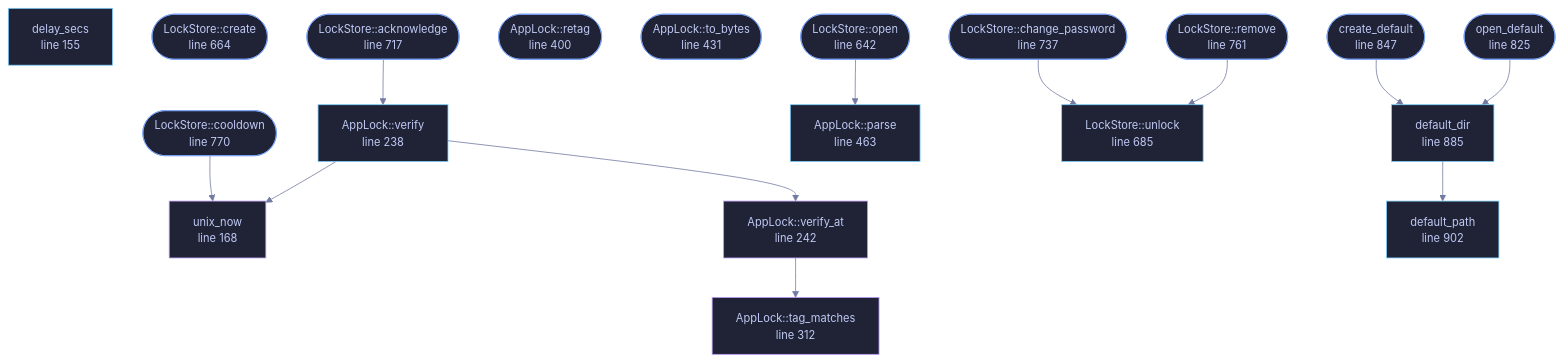
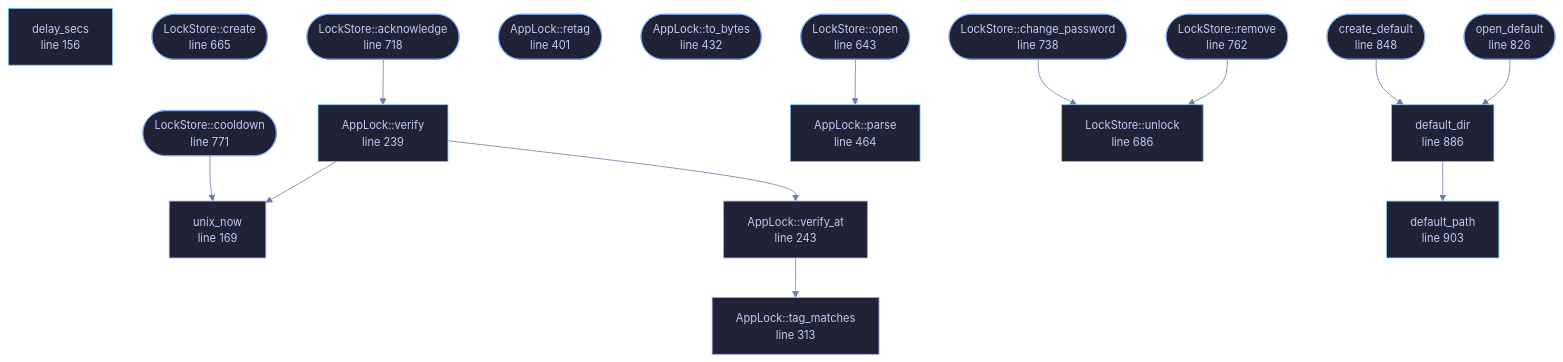
The diagram in docs/files/veilvoice-crypto/lock.md (tilas01/veilvoice), drawn with Mermaid before and after one commit. The commit also changed other lines of this file and 108 other files, not shown here.

````diff
--- a/docs/files/veilvoice-crypto/lock.md
+++ b/docs/files/veilvoice-crypto/lock.md
@@ -199,65 +200,65 @@
 ```mermaid
 %%{init: {"theme":"base","themeVariables":{"background":"#1a1b26","primaryColor":"#1f2335","primaryTextColor":"#c0caf5","primaryBorderColor":"#7aa2f7","secondaryColor":"#16161e","tertiaryColor":"#16161e","lineColor":"#737aa2","textColor":"#c0caf5","mainBkg":"#1f2335","nodeBorder":"#7aa2f7","clusterBkg":"#16161e","clusterBorder":"#2f3549","fontFamily":"ui-monospace, SFMono-Regular, Consolas, monospace","fontSize":"14px"}}}%%
 flowchart TD
-    n_delay_secs["delay_secs<br/>line 155"]
-    n_unix_now["unix_now<br/>line 168"]
-    n_create(["AppLock::create<br/>line 212"])
-    n_verify["AppLock::verify<br/>line 238"]
-    n_verify_at["AppLock::verify_at<br/>line 242"]
-    n_acknowledge(["AppLock::acknowledge<br/>line 300"])
-    n_tag_matches["AppLock::tag_matches<br/>line 312"]
-    n_cooldown(["AppLock::cooldown<br/>line 340"])
-    n_retag(["AppLock::retag<br/>line 400"])
-    n_to_bytes(["AppLock::to_bytes<br/>line 431"])
-    n_parse["AppLock::parse<br/>line 463"]
-    n_open(["LockStore::open<br/>line 642"])
-    n_create(["LockStore::create<br/>line 664"])
-    n_unlock["LockStore::unlock<br/>line 685"]
-    n_acknowledge(["LockStore::acknowledge<br/>line 717"])
-    n_change_password(["LockStore::change_password<br/>line 737"])
-    n_remove(["LockStore::remove<br/>line 761"])
-    n_cooldown(["LockStore::cooldown<br/>line 770"])
-    n_open_default(["open_default<br/>line 825"])
-    n_create_default(["create_default<br/>line 847"])
-    n_default_dir["default_dir<br/>line 885"]
-    n_default_path["default_path<br/>line 902"]
+    n_delay_secs["delay_secs<br/>line 156"]
+    n_unix_now["unix_now<br/>line 169"]
+    n_create(["AppLock::create<br/>line 213"])
+    n_verify["AppLock::verify<br/>line 239"]
+    n_verify_at["AppLock::verify_at<br/>line 243"]
+    n_acknowledge(["AppLock::acknowledge<br/>line 301"])
+    n_tag_matches["AppLock::tag_matches<br/>line 313"]
+    n_cooldown(["AppLock::cooldown<br/>line 341"])
+    n_retag(["AppLock::retag<br/>line 401"])
+    n_to_bytes(["AppLock::to_bytes<br/>line 432"])
+    n_parse["AppLock::parse<br/>line 464"]
+    n_open(["LockStore::open<br/>line 643"])
+    n_create(["LockStore::create<br/>line 665"])
+    n_unlock["LockStore::unlock<br/>line 686"]
+    n_acknowledge(["LockStore::acknowledge<br/>line 718"])
+    n_change_password(["LockStore::change_password<br/>line 738"])
+    n_remove(["LockStore::remove<br/>line 762"])
+    n_cooldown(["LockStore::cooldown<br/>line 771"])
+    n_open_default(["open_default<br/>line 826"])
+    n_create_default(["create_default<br/>line 848"])
+    n_default_dir["default_dir<br/>line 886"]
+    n_default_path["default_path<br/>line 903"]
     n_acknowledge --> n_verify
     n_change_password --> n_unlock
     n_cooldown --> n_unix_now
     n_create_default --> n_default_dir
     n_default_dir --> n_default_path
     n_open --> n_parse
     n_open_default --> n_default_dir
     n_remove --> n_unlock
     n_verify --> n_unix_now
     n_verify --> n_verify_at
     n_verify_at --> n_tag_matches
-    click n_delay_secs href "https://github.com/tilas01/veilvoice/blob/main/crates/veilvoice-crypto/src/lock.rs#L155" "open the source"
-    click n_unix_now href "https://github.com/tilas01/veilvoice/blob/main/crates/veilvoice-crypto/src/lock.rs#L168" "open the source"
-    click n_create href "https://github.com/tilas01/veilvoice/blob/main/crates/veilvoice-crypto/src/lock.rs#L212" "open the source"
-    click n_verify href "https://github.com/tilas01/veilvoice/blob/main/crates/veilvoice-crypto/src/lock.rs#L238" "open the source"
-    click n_verify_at href "https://github.com/tilas01/veilvoice/blob/main/crates/veilvoice-crypto/src/lock.rs#L242" "open the source"
-    click n_acknowledge href "https://github.com/tilas01/veilvoice/blob/main/crates/veilvoice-crypto/src/lock.rs#L300" "open the source"
-    click n_tag_matches href "https://github.com/tilas01/veilvoice/blob/main/crates/veilvoice-crypto/src/lock.rs#L312" "open the source"
-    click n_cooldown href "https://github.com/tilas01/veilvoice/blob/main/crates/veilvoice-crypto/src/lock.rs#L340" "open the source"
-    click n_retag href "https://github.com/tilas01/veilvoice/blob/main/crates/veilvoice-crypto/src/lock.rs#L400" "open the source"
-    click n_to_bytes href "https://github.com/tilas01/veilvoice/blob/main/crates/veilvoice-crypto/src/lock.rs#L431" "open the source"
-    click n_parse href "https://github.com/tilas01/veilvoice/blob/main/crates/veilvoice-crypto/src/lock.rs#L463" "open the source"
-    click n_open href "https://github.com/tilas01/veilvoice/blob/main/crates/veilvoice-crypto/src/lock.rs#L642" "open the source"
-    click n_create href "https://github.com/tilas01/veilvoice/blob/main/crates/veilvoice-crypto/src/lock.rs#L664" "open the source"
-    click n_unlock href "https://github.com/tilas01/veilvoice/blob/main/crates/veilvoice-crypto/src/lock.rs#L685" "open the source"
-    click n_acknowledge href "https://github.com/tilas01/veilvoice/blob/main/crates/veilvoice-crypto/src/lock.rs#L717" "open the source"
-    click n_change_password href "https://github.com/tilas01/veilvoice/blob/main/crates/veilvoice-crypto/src/lock.rs#L737" "open the source"
-    click n_remove href "https://github.com/tilas01/veilvoice/blob/main/crates/veilvoice-crypto/src/lock.rs#L761" "open the source"
-    click n_cooldown href "https://github.com/tilas01/veilvoice/blob/main/crates/veilvoice-crypto/src/lock.rs#L770" "open the source"
-    click n_open_default href "https://github.com/tilas01/veilvoice/blob/main/crates/veilvoice-crypto/src/lock.rs#L825" "open the source"
-    click n_create_default href "https://github.com/tilas01/veilvoice/blob/main/crates/veilvoice-crypto/src/lock.rs#L847" "open the source"
-    click n_default_dir href "https://github.com/tilas01/veilvoice/blob/main/crates/veilvoice-crypto/src/lock.rs#L885" "open the source"
-    click n_default_path href "https://github.com/tilas01/veilvoice/blob/main/crates/veilvoice-crypto/src/lock.rs#L902" "open the source"
+    click n_delay_secs href "https://github.com/tilas01/veilvoice/blob/main/crates/veilvoice-crypto/src/lock.rs#L156" "open the source"
+    click n_unix_now href "https://github.com/tilas01/veilvoice/blob/main/crates/veilvoice-crypto/src/lock.rs#L169" "open the source"
+    click n_create href "https://github.com/tilas01/veilvoice/blob/main/crates/veilvoice-crypto/src/lock.rs#L213" "open the source"
+    click n_verify href "https://github.com/tilas01/veilvoice/blob/main/crates/veilvoice-crypto/src/lock.rs#L239" "open the source"
+    click n_verify_at href "https://github.com/tilas01/veilvoice/blob/main/crates/veilvoice-crypto/src/lock.rs#L243" "open the source"
+    click n_acknowledge href "https://github.com/tilas01/veilvoice/blob/main/crates/veilvoice-crypto/src/lock.rs#L301" "open the source"
+    click n_tag_matches href "https://github.com/tilas01/veilvoice/blob/main/crates/veilvoice-crypto/src/lock.rs#L313" "open the source"
+    click n_cooldown href "https://github.com/tilas01/veilvoice/blob/main/crates/veilvoice-crypto/src/lock.rs#L341" "open the source"
+    click n_retag href "https://github.com/tilas01/veilvoice/blob/main/crates/veilvoice-crypto/src/lock.rs#L401" "open the source"
+    click n_to_bytes href "https://github.com/tilas01/veilvoice/blob/main/crates/veilvoice-crypto/src/lock.rs#L432" "open the source"
+    click n_parse href "https://github.com/tilas01/veilvoice/blob/main/crates/veilvoice-crypto/src/lock.rs#L464" "open the source"
+    click n_open href "https://github.com/tilas01/veilvoice/blob/main/crates/veilvoice-crypto/src/lock.rs#L643" "open the source"
+    click n_create href "https://github.com/tilas01/veilvoice/blob/main/crates/veilvoice-crypto/src/lock.rs#L665" "open the source"
+    click n_unlock href "https://github.com/tilas01/veilvoice/blob/main/crates/veilvoice-crypto/src/lock.rs#L686" "open the source"
+    click n_acknowledge href "https://github.com/tilas01/veilvoice/blob/main/crates/veilvoice-crypto/src/lock.rs#L718" "open the source"
+    click n_change_password href "https://github.com/tilas01/veilvoice/blob/main/crates/veilvoice-crypto/src/lock.rs#L738" "open the source"
+    click n_remove href "https://github.com/tilas01/veilvoice/blob/main/crates/veilvoice-crypto/src/lock.rs#L762" "open the source"
+    click n_cooldown href "https://github.com/tilas01/veilvoice/blob/main/crates/veilvoice-crypto/src/lock.rs#L771" "open the source"
+    click n_open_default href "https://github.com/tilas01/veilvoice/blob/main/crates/veilvoice-crypto/src/lock.rs#L826" "open the source"
+    click n_create_default href "https://github.com/tilas01/veilvoice/blob/main/crates/veilvoice-crypto/src/lock.rs#L848" "open the source"
+    click n_default_dir href "https://github.com/tilas01/veilvoice/blob/main/crates/veilvoice-crypto/src/lock.rs#L886" "open the source"
+    click n_default_path href "https://github.com/tilas01/veilvoice/blob/main/crates/veilvoice-crypto/src/lock.rs#L903" "open the source"
     classDef entry fill:#1f2335,stroke:#7aa2f7,color:#c0caf5
     class n_create,n_acknowledge,n_cooldown,n_retag,n_to_bytes,n_open,n_create,n_acknowledge,n_change_password,n_remove,n_cooldown,n_open_default,n_create_default entry
     classDef api fill:#1f2335,stroke:#7dcfff,color:#c0caf5
     class n_delay_secs,n_verify,n_parse,n_unlock,n_default_dir,n_default_path api
     classDef helper fill:#1f2335,stroke:#bb9af7,color:#c0caf5
     class n_unix_now,n_verify_at,n_tag_matches helper
 ```
````
